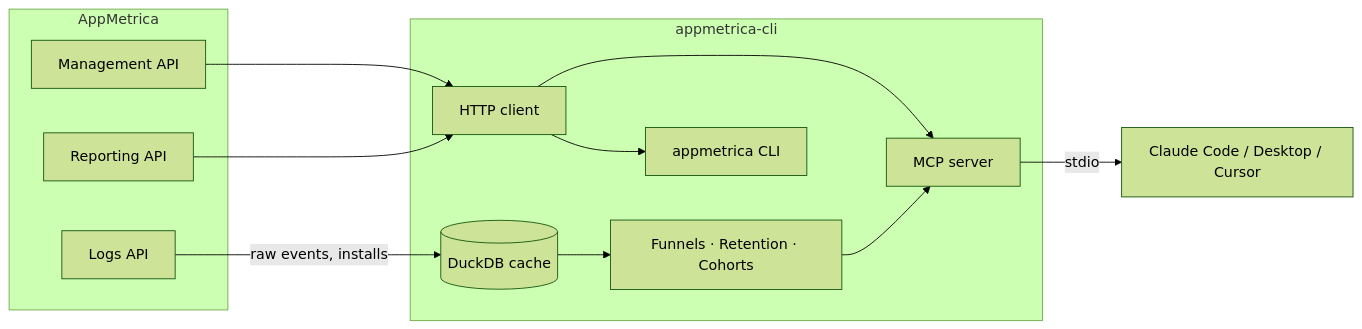
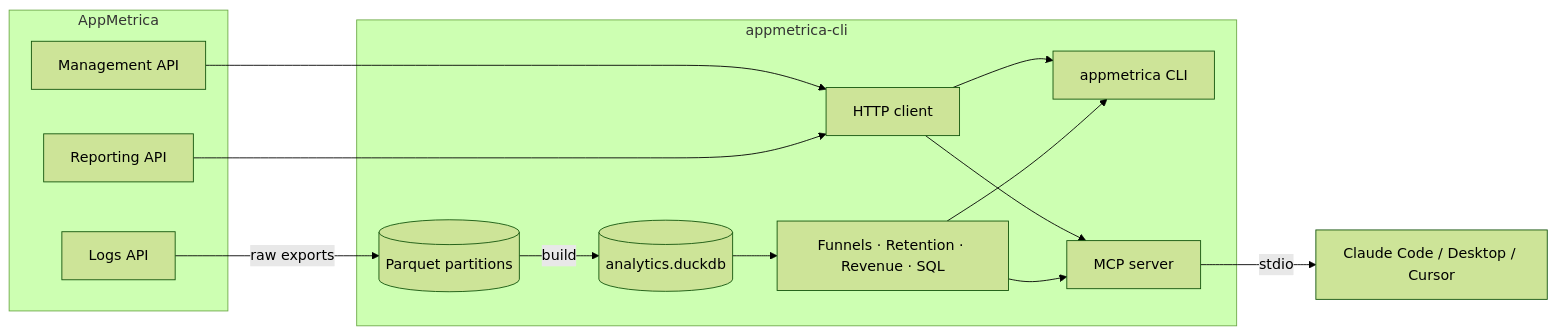
Before and after one commit to ampersante/appmetrica-cli: the diagram in README.md, drawn with Mermaid (forest theme). The commit also changed other lines of this file and 1 other file, not shown here.

Commit message:
Docs: CLAUDE.md and README to CLI-first step-5 state

````diff
--- a/README.md
+++ b/README.md
@@ -34,25 +35,28 @@
 ```mermaid
 flowchart LR
     subgraph AppMetrica
         MGMT[Management API]
         REP[Reporting API]
         LOGS[Logs API]
     end
 
     subgraph appmetrica-cli
         CLIENT[HTTP client]
-        CACHE[(DuckDB cache)]
-        ANALYTICS[Funnels · Retention · Cohorts]
+        PARQUET[(Parquet partitions)]
+        DB[(analytics.duckdb)]
+        ANALYTICS[Funnels · Retention · Revenue · SQL]
         CLI[appmetrica CLI]
         MCP[MCP server]
     end
 
     MGMT --> CLIENT
     REP --> CLIENT
-    LOGS -->|raw events, installs| CACHE
-    CACHE --> ANALYTICS
+    LOGS -->|raw exports| PARQUET
+    PARQUET -->|build| DB
+    DB --> ANALYTICS
     CLIENT --> CLI
     CLIENT --> MCP
+    ANALYTICS --> CLI
     ANALYTICS --> MCP
     MCP -->|stdio| CLAUDE[Claude Code / Desktop / Cursor]
 ```
````
